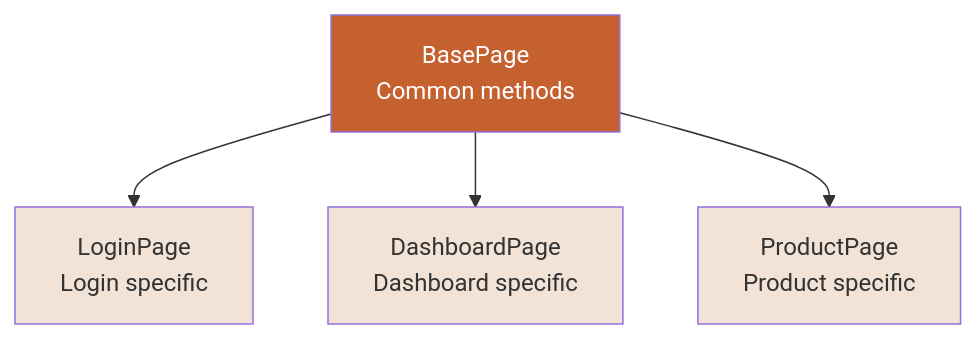
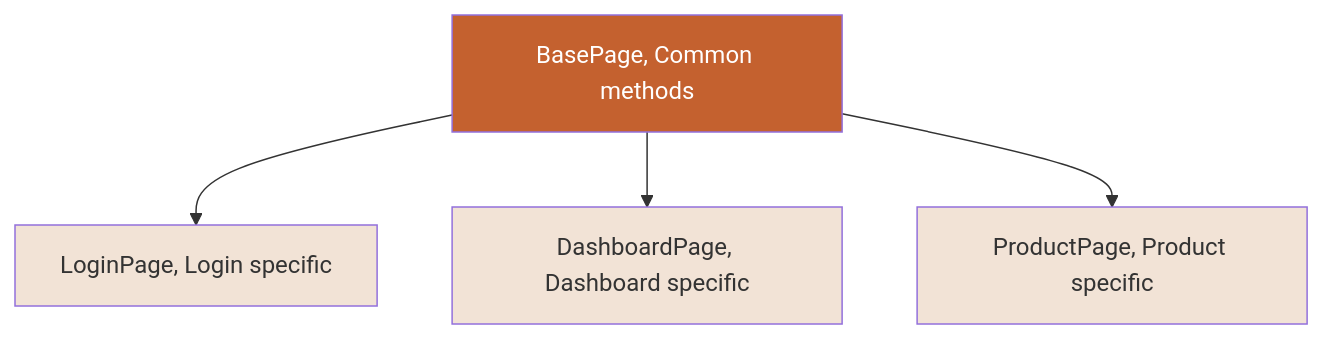
One commit to namnd0806/automation-testing-cource changed the second of 4 diagrams in 02-java-refresher.md. Above: the diagram before and after it, drawn with Mermaid. The commit also changed other lines of this file and 4 other files, not shown here.

First line of the commit message:
Fix: Sửa tất cả sơ đồ Mermaid lỗi format

````diff
--- a/02-java-refresher.md
+++ b/02-java-refresher.md
@@ -106,13 +103,13 @@
 ```mermaid
 graph TD
-    A[BasePage<br/>Common methods]
+    A[BasePage, Common methods]
     
-    A --> B[LoginPage<br/>Login specific]
-    A --> C[DashboardPage<br/>Dashboard specific]
-    A --> D[ProductPage<br/>Product specific]
+    A --> B[LoginPage, Login specific]
+    A --> C[DashboardPage, Dashboard specific]
+    A --> D[ProductPage, Product specific]
     
     style A fill:#C4612F,color:#fff
     style B fill:#F2E3D6
     style C fill:#F2E3D6
     style D fill:#F2E3D6
 ```
````
